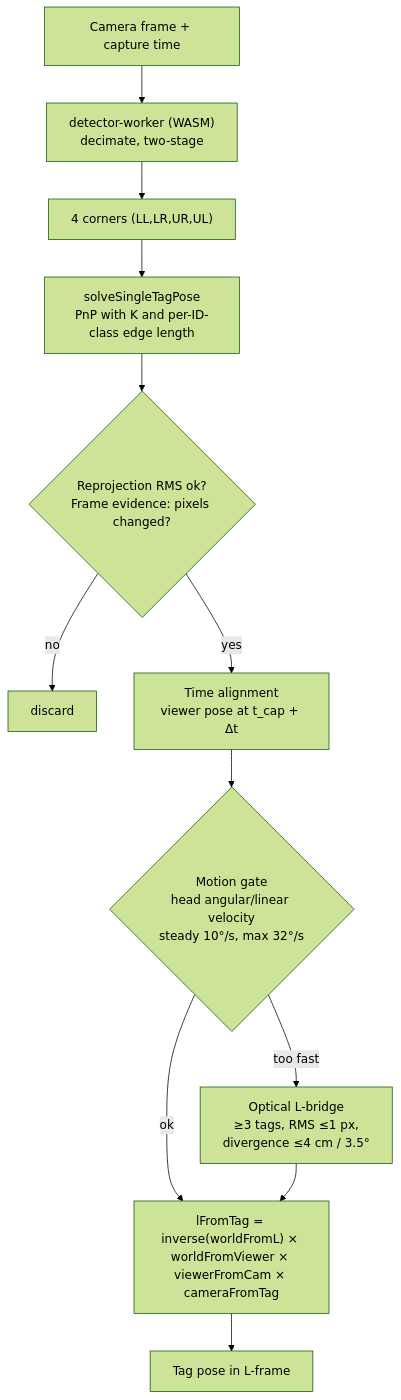
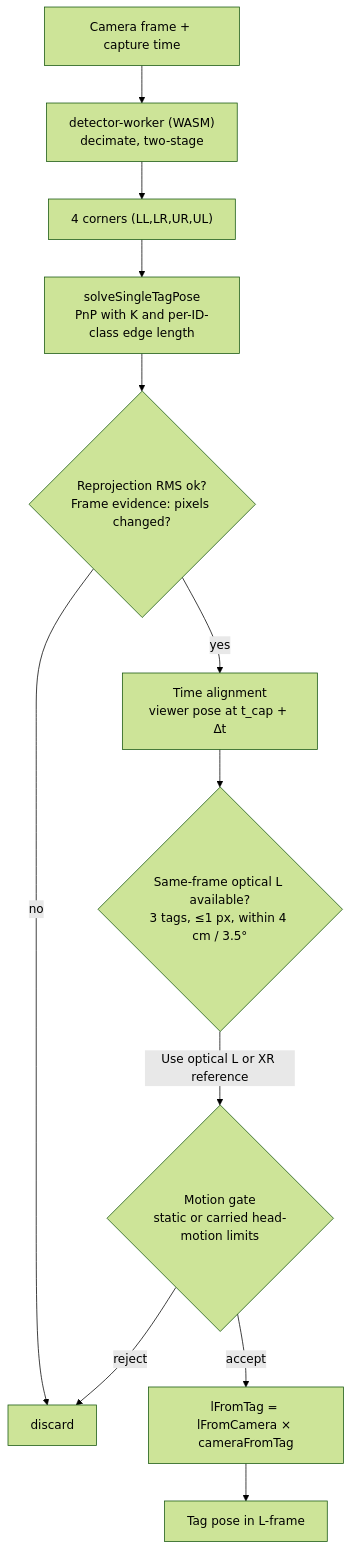
One commit to PiMaV/Quest3-WebXR-AprilTag changed the diagram in docs/diagrams/03-single-tracking.mmd. Above: the diagram before and after it, drawn with Mermaid (forest theme). The commit also changed 54 other files, not shown here.

Commit message:
feat: calibrate Quest 3 in-view perimeter pruning, minimalist tag action pills, and Quarto paper/diagram updates

```diff
--- a/docs/diagrams/03-single-tracking.mmd
+++ b/docs/diagrams/03-single-tracking.mmd
@@ -1,12 +1,12 @@
 flowchart TD
   F["Camera frame + capture time"] --> D["detector-worker (WASM)<br/>decimate, two-stage"]
   D --> C["4 corners (LL,LR,UR,UL)"]
   C --> PNP["solveSingleTagPose<br/>PnP with K and per-ID-class edge length"]
   PNP --> RMS{"Reprojection RMS ok?<br/>Frame evidence: pixels changed?"}
   RMS -- no --> X["discard"]
   RMS -- yes --> T["Time alignment<br/>viewer pose at t_cap + Δt"]
-  T --> G{"Motion gate<br/>head angular/linear velocity<br/>steady 10°/s, max 32°/s"}
-  G -- too fast --> BR["Optical L-bridge<br/>≥3 tags, RMS ≤1 px,<br/>divergence ≤4 cm / 3.5°"]
-  G -- ok --> L
-  BR --> L["lFromTag = inverse(worldFromL) × worldFromViewer × viewerFromCam × cameraFromTag"]
+  T --> BR{"Same-frame optical L available?<br/>3 tags, ≤1 px, within 4 cm / 3.5°"}
+  BR -->|"Use optical L or XR reference"| G{"Motion gate<br/>static or carried head-motion limits"}
+  G -- reject --> X
+  G -- accept --> L["lFromTag = lFromCamera × cameraFromTag"]
   L --> OUT["Tag pose in L-frame"]
```
